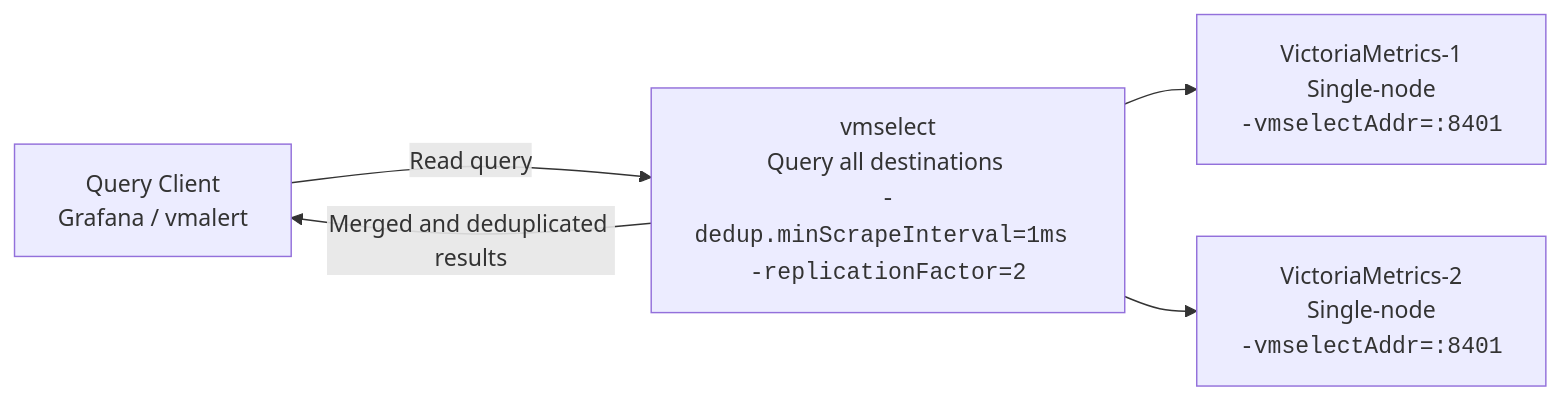
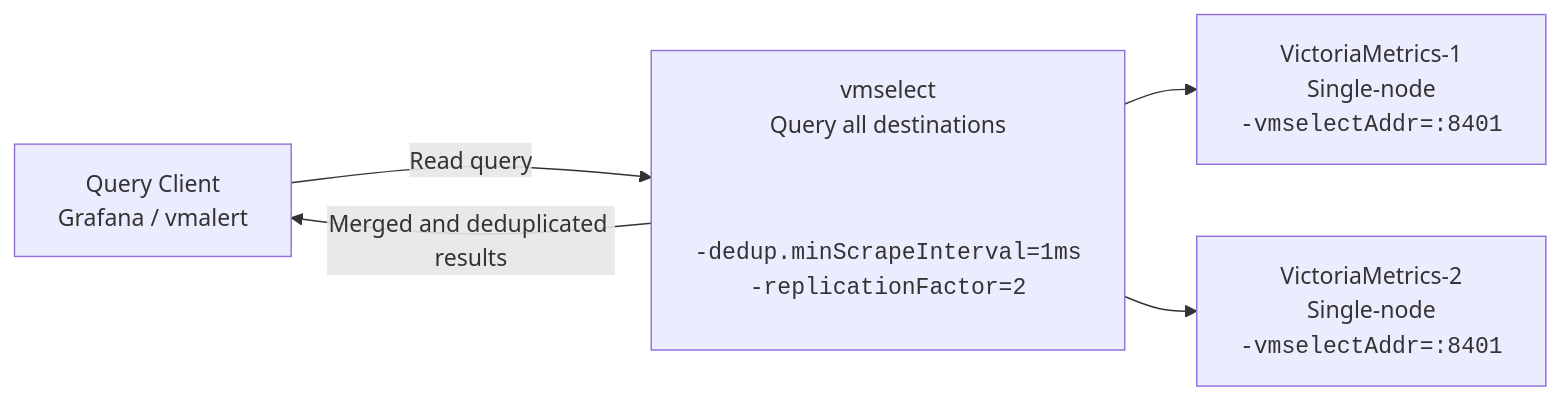
The second of 2 diagrams in docs/victoriametrics/README.md (VictoriaMetrics/VictoriaMetrics), drawn with Mermaid before and after one commit. The commit also changed other lines of this file, not shown here.

````diff
--- a/docs/victoriametrics/README.md
+++ b/docs/victoriametrics/README.md
@@ -1322,16 +1334,17 @@
 ```mermaid
 flowchart LR
     Client["Query Client<br/>Grafana / vmalert"]
 
-    VMSELECT["vmselect<br/>Query all destinations <br><code>-dedup.minScrapeInterval=1ms -replicationFactor=2</code>"]
+    VMSELECT["vmselect<br/>Query all destinations<br/>
+     <code><pre>-dedup.minScrapeInterval=1ms<br/>-replicationFactor=2</pre></code>"]
 
     VM1["VictoriaMetrics-1<br/>Single-node<br/><code>-vmselectAddr=:8401</code>"]
     VM2["VictoriaMetrics-2<br/>Single-node<br/><code>-vmselectAddr=:8401</code>"]
 
     Client -->|"Read query"| VMSELECT
 
     VMSELECT --> VM1
     VMSELECT --> VM2
 
     VMSELECT -->|"Merged and deduplicated results"| Client
 ```
````
